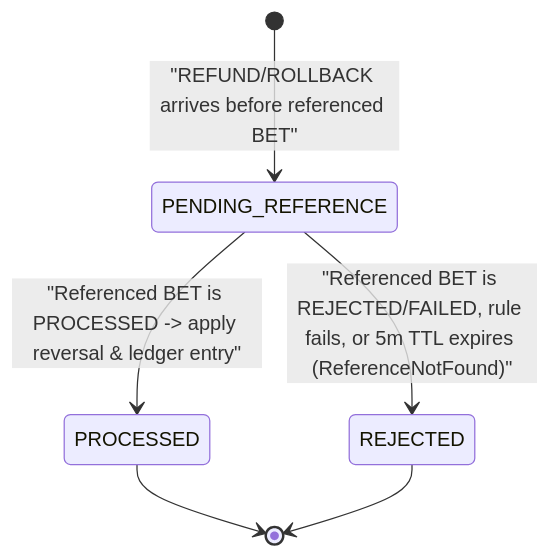
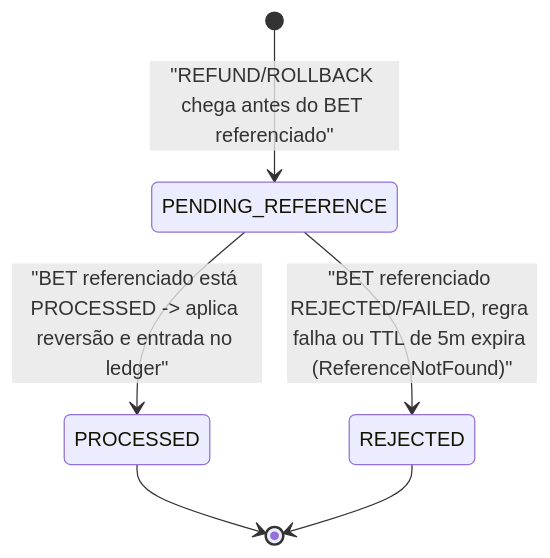
One commit to MuriloFA29/Technical-Challenge---Distributed-Wagering-Processor changed the third of 3 diagrams in ARCHITECTURE.md. Above: the diagram before and after it, drawn with Mermaid. The commit also changed other lines of this file and 7 other files, not shown here.

````diff
--- a/ARCHITECTURE.md
+++ b/ARCHITECTURE.md
@@ -135,8 +135,8 @@
 ```mermaid
 stateDiagram-v2
-  [*] --> PENDING_REFERENCE: "REFUND/ROLLBACK arrives before referenced BET"
-  PENDING_REFERENCE --> PROCESSED: "Referenced BET is PROCESSED -> apply reversal & ledger entry"
-  PENDING_REFERENCE --> REJECTED: "Referenced BET is REJECTED/FAILED, rule fails, or 5m TTL expires (ReferenceNotFound)"
+  [*] --> PENDING_REFERENCE: "REFUND/ROLLBACK chega antes do BET referenciado"
+  PENDING_REFERENCE --> PROCESSED: "BET referenciado está PROCESSED -> aplica reversão e entrada no ledger"
+  PENDING_REFERENCE --> REJECTED: "BET referenciado REJECTED/FAILED, regra falha ou TTL de 5m expira (ReferenceNotFound)"
   PROCESSED --> [*]
   REJECTED --> [*]
 ```
````
